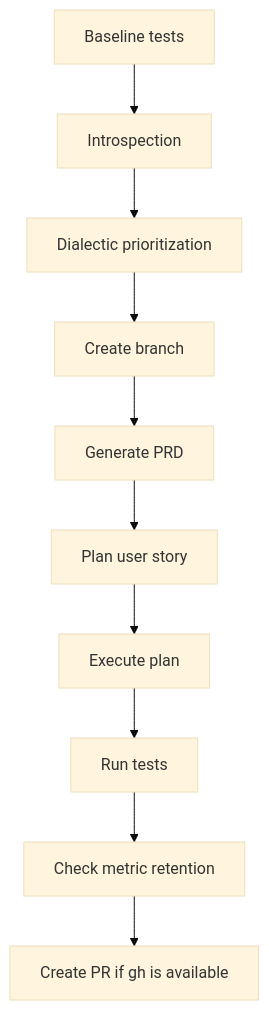
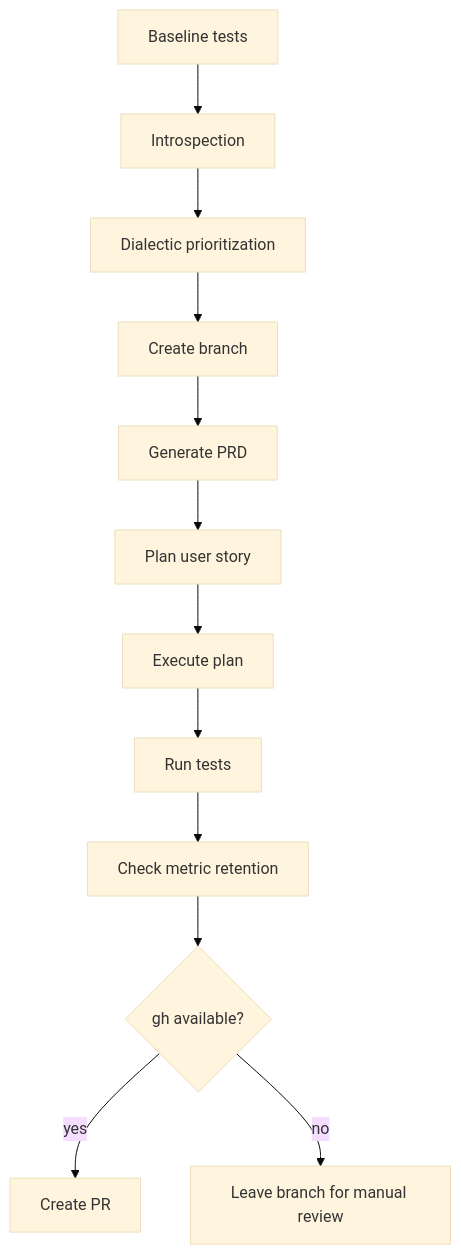
The ninth of 10 diagrams in docs/architecture.md (darthlinuxer/dialectic-crew-ai), drawn with Mermaid (base theme) before and after one commit. The commit also changed other lines of this file and 3 other files, not shown here.

First line of the commit message:
docs: update architecture, configuration, flows, and agents documentation

````diff
--- a/docs/architecture.md
+++ b/docs/architecture.md
@@ -217,12 +409,14 @@
 ```mermaid
 flowchart TD
     A[Baseline tests] --> B[Introspection]
     B --> C[Dialectic prioritization]
     C --> D[Create branch]
     D --> E[Generate PRD]
     E --> F[Plan user story]
     F --> G[Execute plan]
     G --> H[Run tests]
     H --> I[Check metric retention]
-    I --> J[Create PR if gh is available]
+    I --> J{gh available?}
+    J -->|yes| K[Create PR]
+    J -->|no| L[Leave branch for manual review]
 ```
````
